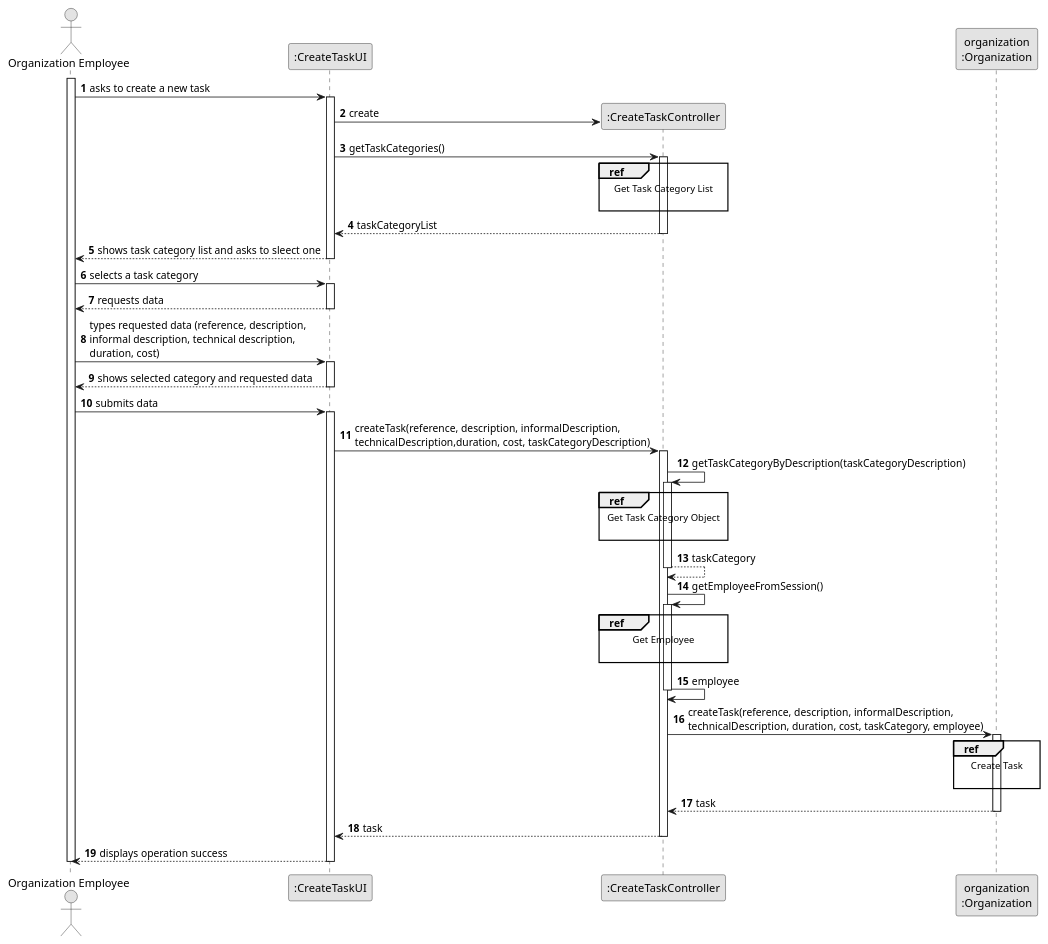
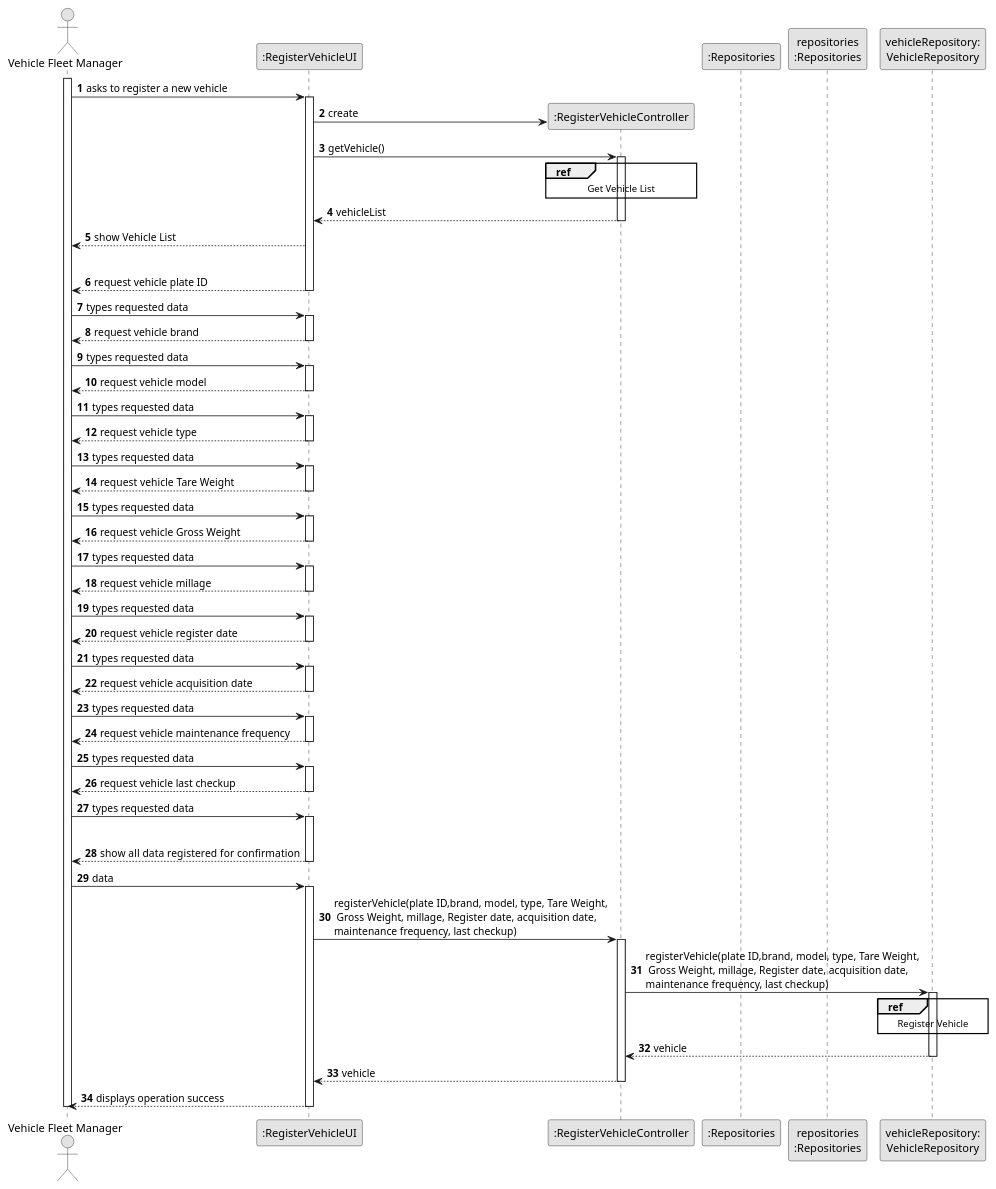
Before and after one commit to SAEmanuel/Green_Spaces_Management_ISEP: the diagram in docs/sprintB/us006/03.design/puml/us006-sequence-diagram-split.puml, drawn with PlantUML. The commit also changed 14 other files, not shown here.

Commit message:
US006 - desing (split diagrams) v2.1.0

```diff
--- a/docs/sprintB/us006/03.design/puml/us006-sequence-diagram-split.puml
+++ b/docs/sprintB/us006/03.design/puml/us006-sequence-diagram-split.puml
@@ -1,92 +1,139 @@
 @startuml
 skinparam monochrome true
 skinparam packageStyle rectangle
 skinparam shadowing false
 
 autonumber
 
 'hide footbox
-actor "Organization Employee" as ADM
-participant ":CreateTaskUI" as UI
-participant ":CreateTaskController" as CTRL
-participant "organization\n:Organization" as ORG
+actor "Vehicle Fleet Manager" as VFM
+participant ":RegisterVehicleUI" as UI
+participant ":RegisterVehicleController" as CTRL
+participant ":Repositories" as RepositorySingleton
+participant "repositories\n:Repositories" as PLAT
+participant "vehicleRepository:\nVehicleRepository" as vehicleRepository
 
-activate ADM
+activate VFM
 
-    ADM -> UI : asks to create a new task
+        VFM -> UI : asks to register a new vehicle
 
-    activate UI
+        activate UI
 
-        UI -> CTRL** : create
-        UI -> CTRL : getTaskCategories()
-        ref over CTRL
-            Get Task Category List
+'            UI --> ADM : requests data (reference, description,  informal \n description, technical description, duration, cost)
+            'create CTRL
+            UI -> CTRL** : create
 
-        end ref
-
-        activate CTRL
-
-            CTRL --> UI : taskCategoryList
-        deactivate CTRL
-
-        UI --> ADM : shows task category list and asks to sleect one
-    deactivate UI
-
-    ADM -> UI : selects a task category
-    activate UI
-
-        UI --> ADM : requests data
-    deactivate UI
-
-    ADM -> UI : types requested data (reference, description,\ninformal description, technical description,\nduration, cost)
-    activate UI
-
-        UI --> ADM : shows selected category and requested data
-    deactivate UI
-
-    ADM -> UI : submits data
-    activate UI
-
-        UI -> CTRL : createTask(reference, description, informalDescription,\ntechnicalDescription,duration, cost, taskCategoryDescription)
-        activate CTRL
-
-            CTRL -> CTRL : getTaskCategoryByDescription(taskCategoryDescription)
+            UI -> CTRL : getVehicle()
             activate CTRL
 
                 ref over CTRL
-                    Get Task Category Object
-
+                    Get Vehicle List
                 end ref
 
-                CTRL --> CTRL : taskCategory
+                CTRL --> UI : vehicleList
             deactivate CTRL
 
-            CTRL -> CTRL : getEmployeeFromSession()
-            activate CTRL
 
-                ref over CTRL
-                    Get Employee
+        UI --> VFM : show Vehicle List
+        |||
+        UI --> VFM : request vehicle plate ID
+            deactivate UI
 
-                end ref
-                CTRL -> CTRL : employee
+        VFM -> UI : types requested data
+        activate UI
+
+        UI --> VFM : request vehicle brand
+        deactivate UI
+
+        VFM -> UI : types requested data
+        activate UI
+
+        UI --> VFM : request vehicle model
+        deactivate UI
+
+        VFM -> UI : types requested data
+        activate UI
+
+        UI --> VFM : request vehicle type
+        deactivate UI
+
+        VFM -> UI : types requested data
+        activate UI
+
+        UI --> VFM : request vehicle Tare Weight
+        deactivate UI
+
+        VFM -> UI : types requested data
+        activate UI
+
+        UI --> VFM : request vehicle Gross Weight
+        deactivate UI
+
+        VFM -> UI : types requested data
+        activate UI
+
+        UI --> VFM : request vehicle millage
+        deactivate UI
+
+        VFM -> UI : types requested data
+        activate UI
+
+        UI --> VFM : request vehicle register date
+        deactivate UI
+
+        VFM -> UI : types requested data
+        activate UI
+
+        UI --> VFM : request vehicle acquisition date
+        deactivate UI
+
+        VFM -> UI : types requested data
+        activate UI
+
+        UI --> VFM : request vehicle maintenance frequency
+        deactivate UI
+
+        VFM -> UI : types requested data
+        activate UI
+
+        UI --> VFM : request vehicle last checkup
+        deactivate UI
+
+        VFM -> UI : types requested data
+        activate UI
+        |||
+
+        UI --> VFM : show all data registered  for confirmation
+        deactivate UI
+
+    VFM -> UI : data
+    activate UI
+
+        UI -> CTRL : registerVehicle(plate ID,brand, model, type, Tare Weight,\n Gross Weight, millage, Register date, acquisition date,\nmaintenance frequency, last checkup)
+        activate CTRL
+
+
+
+
+            CTRL -> vehicleRepository: registerVehicle(plate ID,brand, model, type, Tare Weight,\n Gross Weight, millage, Register date, acquisition date,\nmaintenance frequency, last checkup)
+            activate vehicleRepository
+
+            ref over vehicleRepository
+                Register Vehicle
+            end
+
+
+
+
+                vehicleRepository --> CTRL : vehicle
+
+            deactivate vehicleRepository
+
+            CTRL --> UI: vehicle
             deactivate CTRL
-
-            CTRL -> ORG: createTask(reference, description, informalDescription,\ntechnicalDescription, duration, cost, taskCategory, employee)
-            activate ORG
-
-                ref over ORG
-                    Create Task
-
-                end
-
-                ORG --> CTRL : task
-            deactivate ORG
-
-            CTRL --> UI: task
-            deactivate CTRL
-            UI --> ADM: displays operation success
+            UI --> VFM: displays operation success
     deactivate UI
 
-deactivate ADM
+deactivate VFM
 
-@enduml
+@enduml@startuml
```
